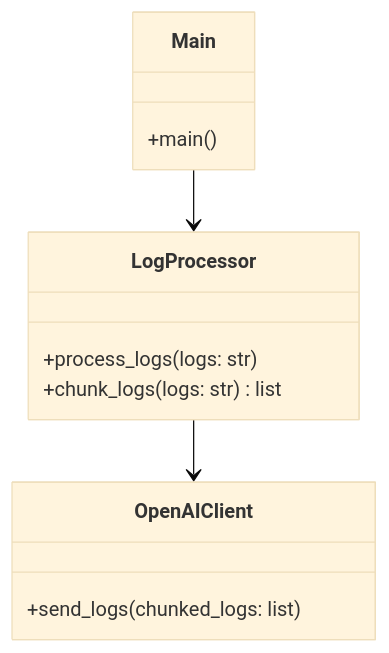
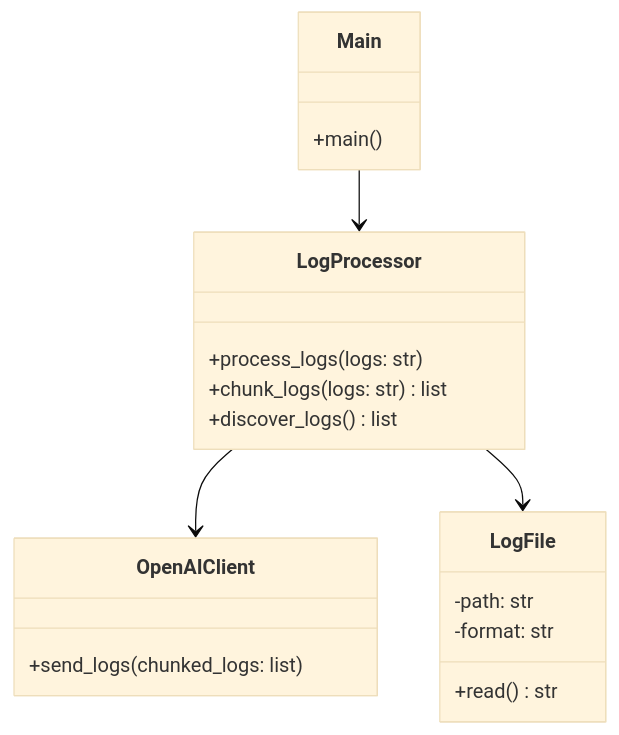
One commit to sfxworks/log_processor changed the diagram in resources/data_api_design/20240530040709.mmd. Above: the diagram before and after it, drawn with Mermaid (base theme). The commit also changed 22 other files, not shown here.

```diff
--- a/resources/data_api_design/20240530040709.mmd
+++ b/resources/data_api_design/20240530040709.mmd
@@ -1,14 +1,21 @@
 
 classDiagram
     class Main {
         +main()
     }
     class LogProcessor {
         +process_logs(logs: str)
         +chunk_logs(logs: str) list
+        +discover_logs() list
     }
     class OpenAIClient {
         +send_logs(chunked_logs: list)
     }
+    class LogFile {
+        -path: str
+        -format: str
+        +read() str
+    }
     Main --> LogProcessor
     LogProcessor --> OpenAIClient
+    LogProcessor --> LogFile
```
